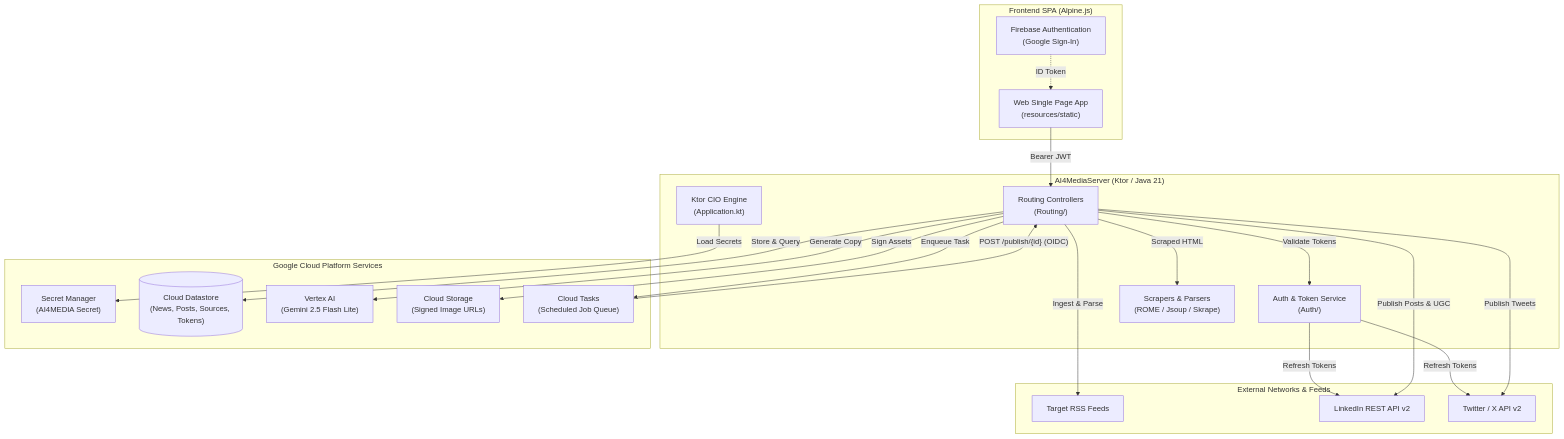
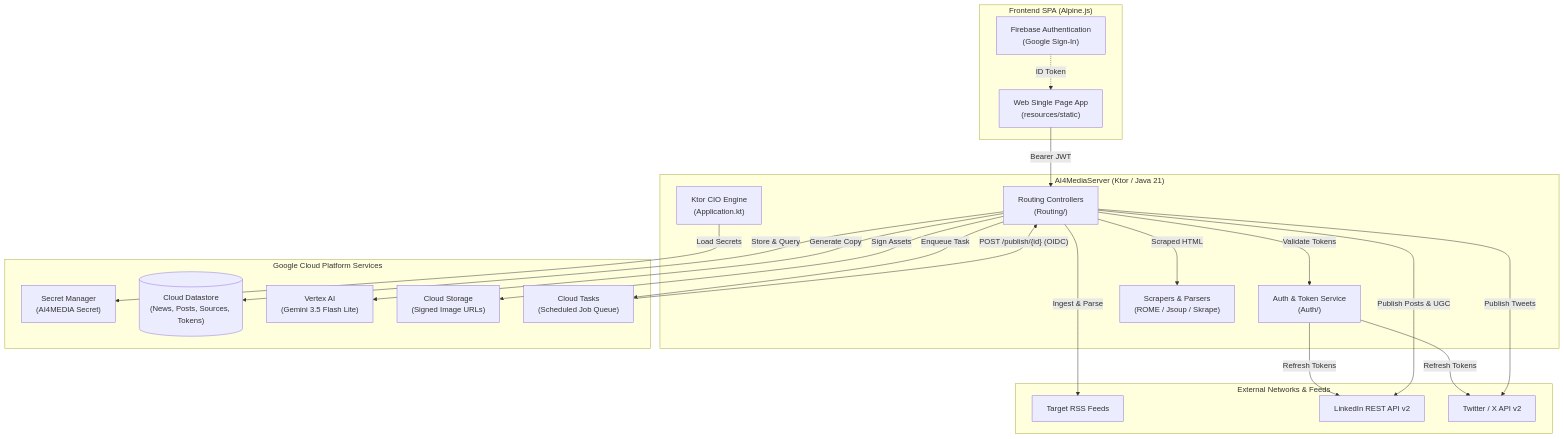
One commit to almo/Machine-Learning changed the diagram in AI4Media/backend/AI4MediaServer/README.md. Above: the diagram before and after it, drawn with Mermaid. The commit also changed other lines of this file and 5 other files, not shown here.

Commit message:
fix(ai): update Vertex AI model to gemini-3.5-flash-lite and lower temperature (#49)

````diff
--- a/AI4Media/backend/AI4MediaServer/README.md
+++ b/AI4Media/backend/AI4MediaServer/README.md
@@ -11,45 +11,45 @@
 ```mermaid
 flowchart TD
     subgraph Client["Frontend SPA (Alpine.js)"]
         UI["Web Single Page App<br/>(resources/static)"]
         FB_AUTH["Firebase Authentication<br/>(Google Sign-In)"]
     end
 
     subgraph Server["AI4MediaServer (Ktor / Java 21)"]
         KTOR["Ktor CIO Engine<br/>(Application.kt)"]
         ROUTING["Routing Controllers<br/>(Routing/)"]
         AUTH_MOD["Auth & Token Service<br/>(Auth/)"]
         SCRAPER["Scrapers & Parsers<br/>(ROME / Jsoup / Skrape)"]
     end
 
     subgraph GCP["Google Cloud Platform Services"]
         SECRETS["Secret Manager<br/>(AI4MEDIA Secret)"]
         DATASTORE[("Cloud Datastore<br/>(News, Posts, Sources, Tokens)")]
-        VERTEX["Vertex AI<br/>(Gemini 2.5 Flash Lite)"]
+        VERTEX["Vertex AI<br/>(Gemini 3.5 Flash Lite)"]
         GCS["Cloud Storage<br/>(Signed Image URLs)"]
         TASKS["Cloud Tasks<br/>(Scheduled Job Queue)"]
     end
 
     subgraph External["External Networks & Feeds"]
         RSS_FEEDS["Target RSS Feeds"]
         LI_API["LinkedIn REST API v2"]
         TW_API["Twitter / X API v2"]
     end
 
     %% Flow connections
     UI -->|Bearer JWT| ROUTING
     FB_AUTH -.->|ID Token| UI
     KTOR -->|Load Secrets| SECRETS
     ROUTING -->|Ingest & Parse| RSS_FEEDS
     ROUTING -->|Scraped HTML| SCRAPER
     ROUTING -->|Generate Copy| VERTEX
     ROUTING -->|Sign Assets| GCS
     ROUTING -->|Store & Query| DATASTORE
     ROUTING -->|Enqueue Task| TASKS
     TASKS -->|"POST /publish/{id} (OIDC)"| ROUTING
     ROUTING -->|Validate Tokens| AUTH_MOD
     AUTH_MOD -->|Refresh Tokens| LI_API
     AUTH_MOD -->|Refresh Tokens| TW_API
     ROUTING -->|Publish Posts & UGC| LI_API
     ROUTING -->|Publish Tweets| TW_API
 ```
````
